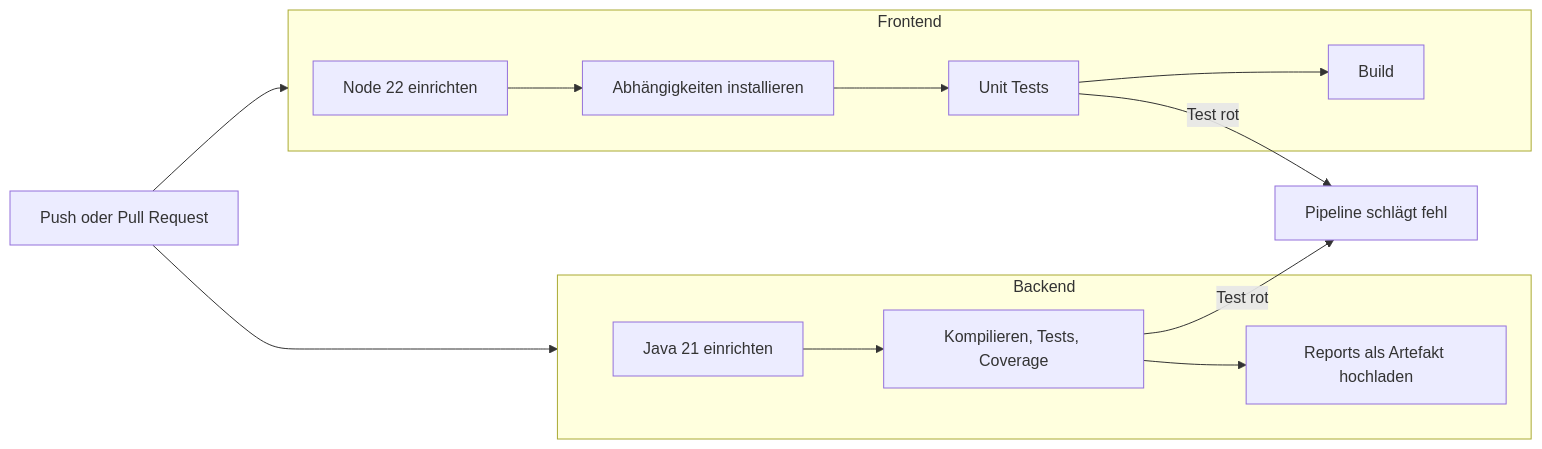
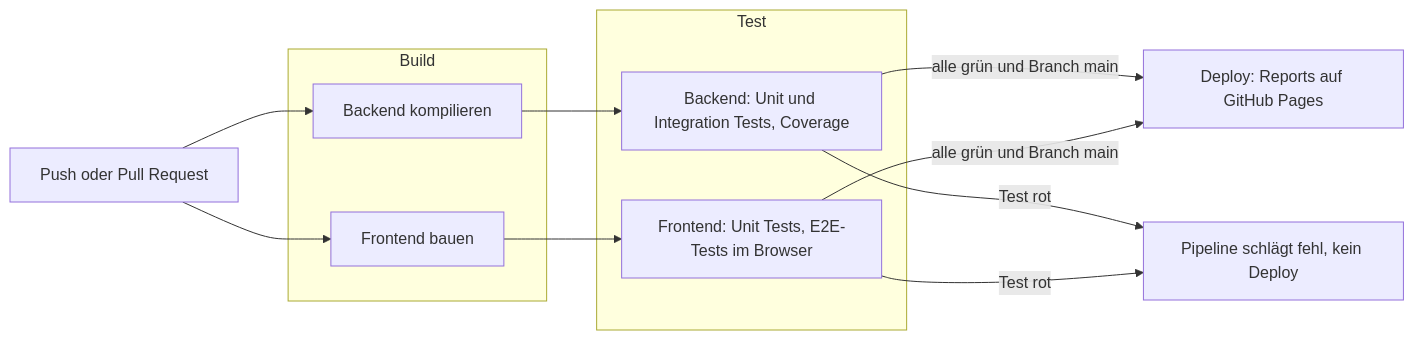
The fourth of 4 diagrams in Projekt/README.md (FelipeSpiderman/M450), drawn with Mermaid before and after one commit. The commit also changed other lines of this file and 14 other files, not shown here.

Commit message:
Add pipeline deploy stage, test concept and docs updates

````diff
--- a/Projekt/README.md
+++ b/Projekt/README.md
@@ -246,15 +250,21 @@
 ```mermaid
 flowchart LR
-    Push[Push oder Pull Request] --> B & F
+    Push[Push oder Pull Request] --> BB & FB
 
-    subgraph B [Backend]
-        B1[Java 21 einrichten] --> B2[Kompilieren, Tests, Coverage] --> B3[Reports als Artefakt hochladen]
+    subgraph Build
+        BB[Backend kompilieren]
+        FB[Frontend bauen]
     end
 
-    subgraph F [Frontend]
-        F1[Node 22 einrichten] --> F2[Abhängigkeiten installieren] --> F3[Unit Tests] --> F4[Build]
+    subgraph Test
+        BT[Backend: Unit und Integration Tests, Coverage]
+        FT[Frontend: Unit Tests, E2E-Tests im Browser]
     end
 
-    B2 -->|Test rot| X[Pipeline schlägt fehl]
-    F3 -->|Test rot| X
+    BB --> BT
+    FB --> FT
+
+    BT & FT -->|alle grün und Branch main| D[Deploy: Reports auf GitHub Pages]
+    BT -->|Test rot| X[Pipeline schlägt fehl, kein Deploy]
+    FT -->|Test rot| X
 ```
````
